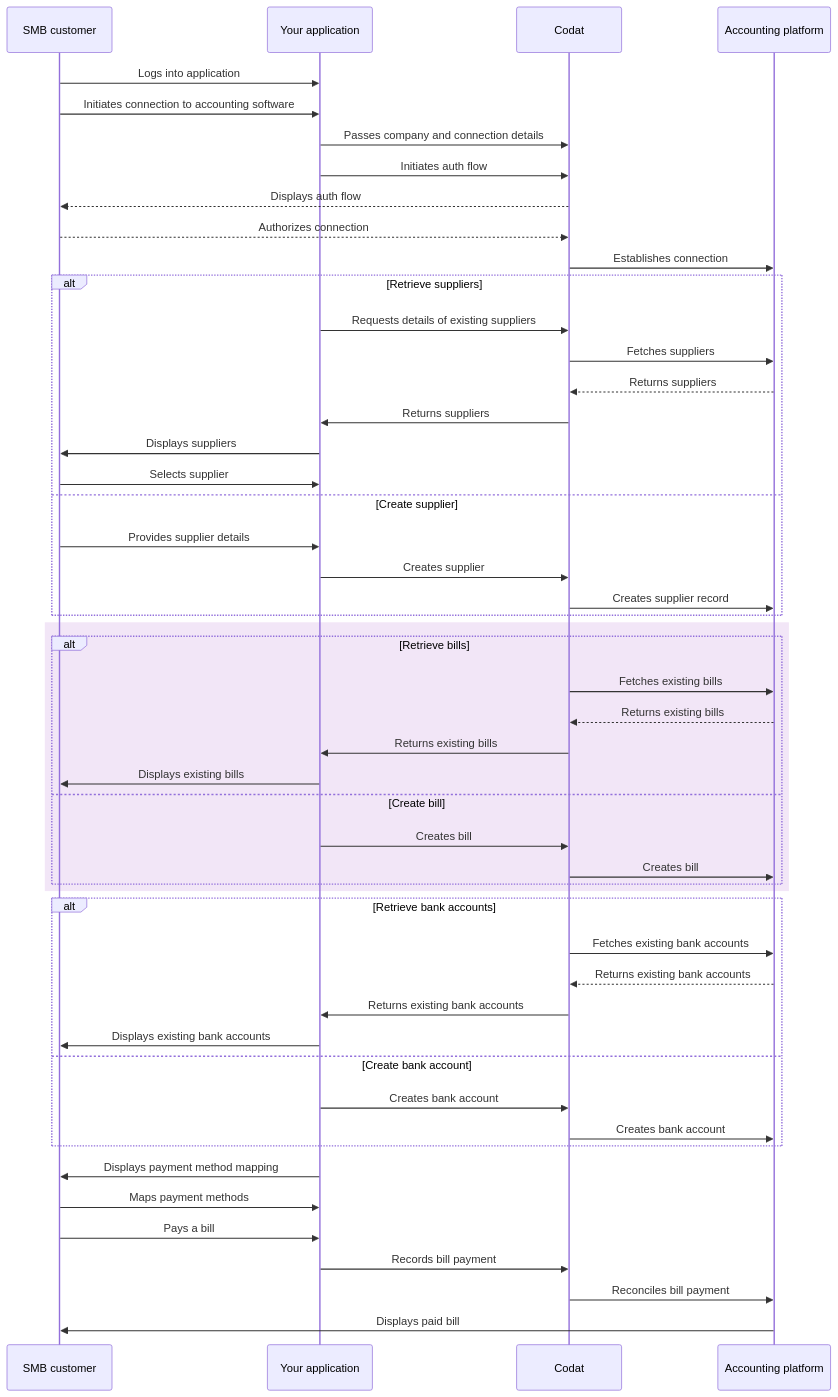
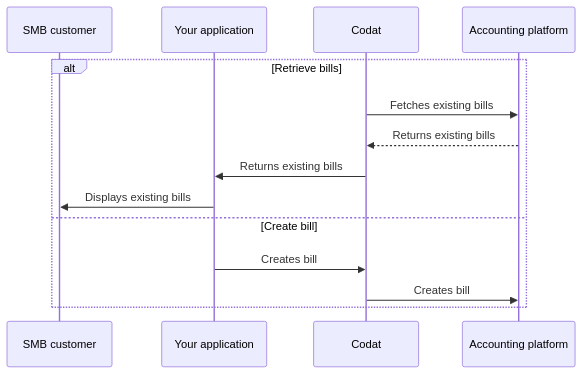
One commit to codatio/codat-docs changed the diagram in docs/payables/bills.md. Above: the diagram before and after it, drawn with Mermaid. The commit also changed 8 other files, not shown here.

````diff
--- a/docs/payables/bills.md
+++ b/docs/payables/bills.md
@@ -28,59 +28,18 @@
 ```mermaid
 
   sequenceDiagram
       participant smb as SMB customer
       participant app as Your application 
       participant codat as Codat
       participant acctg as Accounting platform
-      
-      smb ->> app: Logs into application
-      smb ->> app: Initiates connection to accounting software
-
-      app ->> codat: Passes company and connection details
-      app ->> codat: Initiates auth flow
-      codat -->> smb: Displays auth flow
-      smb -->> codat: Authorizes connection
-      codat ->> acctg: Establishes connection
-
-      alt Retrieve suppliers
-        app ->> codat: Requests details of existing suppliers
-        codat ->> acctg: Fetches suppliers
-        acctg -->> codat: Returns suppliers
-        codat ->> app: Returns suppliers
-        app ->> smb: Displays suppliers
-        smb ->> app: Selects supplier
-      else Create supplier
-        smb ->> app: Provides supplier details
-        app ->> codat: Creates supplier
-        codat ->> acctg: Creates supplier record
-      end
-
-      rect rgb(242, 230, 247)      
+         
       alt Retrieve bills
         codat ->> acctg: Fetches existing bills
         acctg -->> codat: Returns existing bills
         codat ->> app: Returns existing bills
         app ->> smb: Displays existing bills
       else Create bill
         app ->> codat: Creates bill
         codat ->> acctg: Creates bill
       end
-      end
-
-      alt Retrieve bank accounts
-        codat ->> acctg: Fetches existing bank accounts
-        acctg -->> codat: Returns existing bank accounts
-        codat ->> app: Returns existing bank accounts
-        app ->> smb: Displays existing bank accounts
-      else Create bank account
-        app ->> codat: Creates bank account
-        codat ->> acctg: Creates bank account
-      end
-      app ->> smb: Displays payment method mapping
-      smb ->> app: Maps payment methods
-
-      smb ->> app: Pays a bill
-      app ->> codat: Records bill payment
-      codat ->> acctg: Reconciles bill payment
-      acctg ->> smb: Displays paid bill
 ```
````
